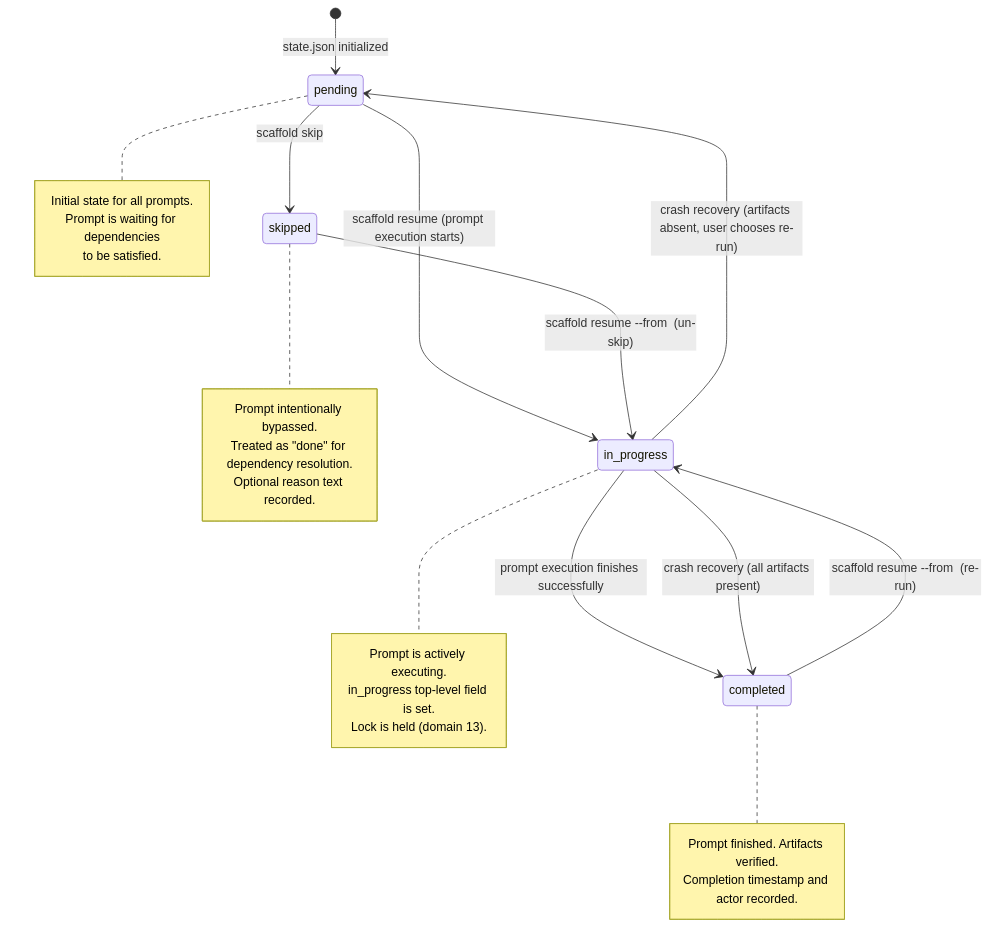
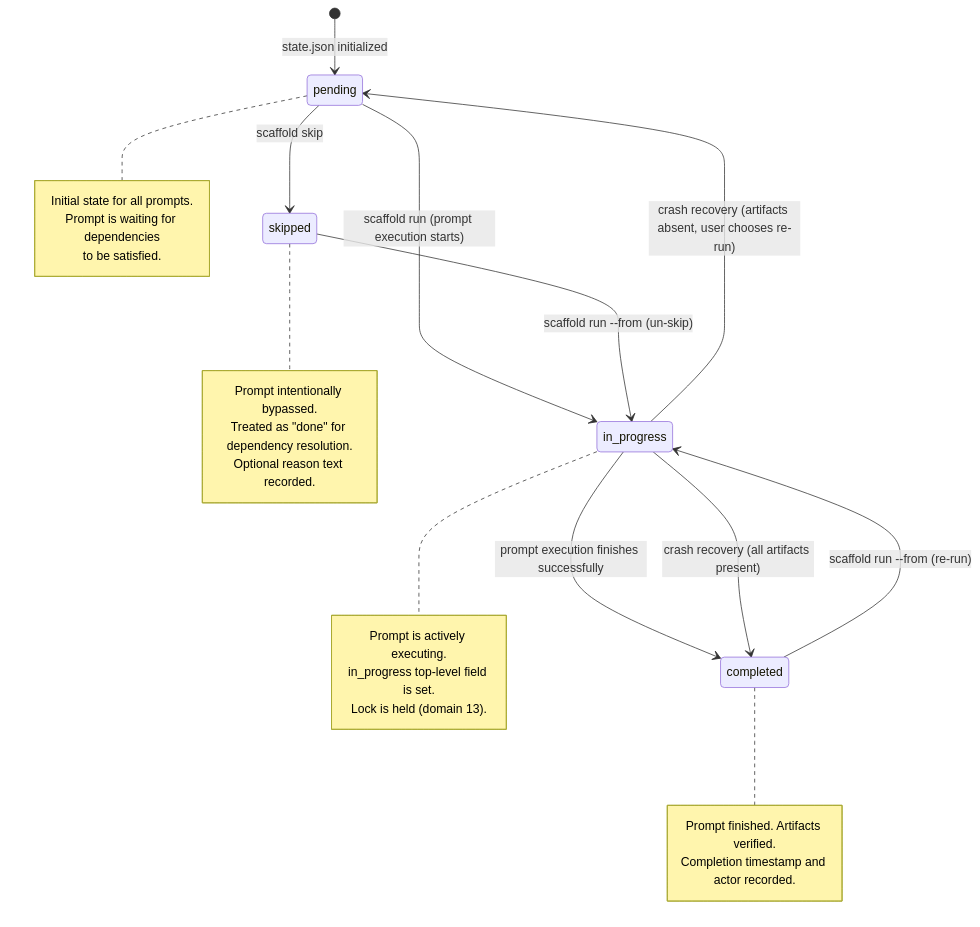
The first of 2 diagrams in docs/v2/domain-models/03-pipeline-state-machine.md (zigrivers/scaffold), drawn with Mermaid before and after one commit. The commit also changed other lines of this file and 6 other files, not shown here.

Commit message:
docs: update architecture and kept domain models to match v2 PRD

````diff
--- a/docs/v2/domain-models/03-pipeline-state-machine.md
+++ b/docs/v2/domain-models/03-pipeline-state-machine.md
@@ -499,38 +499,38 @@
 ```mermaid
 stateDiagram-v2
     [*] --> pending : state.json initialized
 
-    pending --> in_progress : scaffold resume (prompt execution starts)
+    pending --> in_progress : scaffold run (prompt execution starts)
     pending --> skipped : scaffold skip <prompt>
 
     in_progress --> completed : prompt execution finishes successfully
     in_progress --> pending : crash recovery (artifacts absent, user chooses re-run)
     in_progress --> completed : crash recovery (all artifacts present)
 
-    skipped --> in_progress : scaffold resume --from <prompt> (un-skip)
+    skipped --> in_progress : scaffold run --from <prompt> (un-skip)
 
-    completed --> in_progress : scaffold resume --from <prompt> (re-run)
+    completed --> in_progress : scaffold run --from <prompt> (re-run)
 
     note right of pending
         Initial state for all prompts.
         Prompt is waiting for dependencies
         to be satisfied.
     end note
 
     note right of in_progress
         Prompt is actively executing.
         in_progress top-level field is set.
         Lock is held (domain 13).
     end note
 
     note right of completed
         Prompt finished. Artifacts verified.
         Completion timestamp and actor recorded.
     end note
 
     note right of skipped
         Prompt intentionally bypassed.
         Treated as "done" for dependency resolution.
         Optional reason text recorded.
     end note
 ```
````
